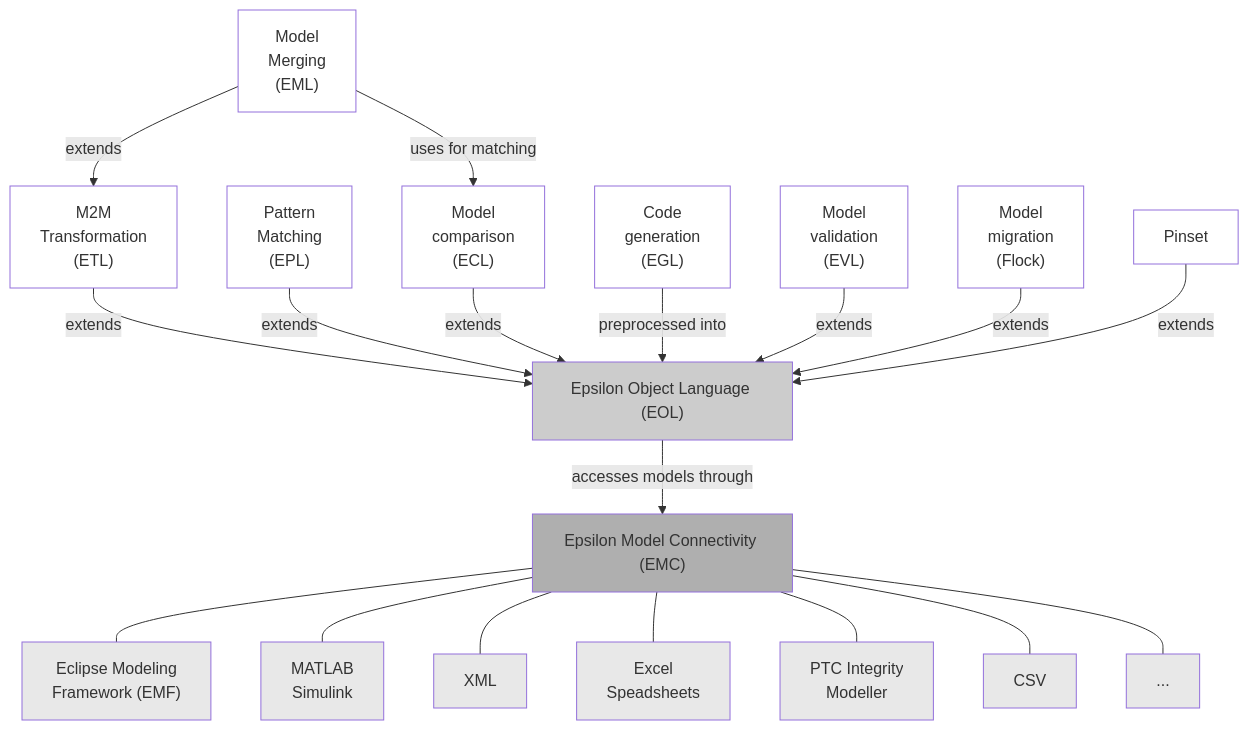
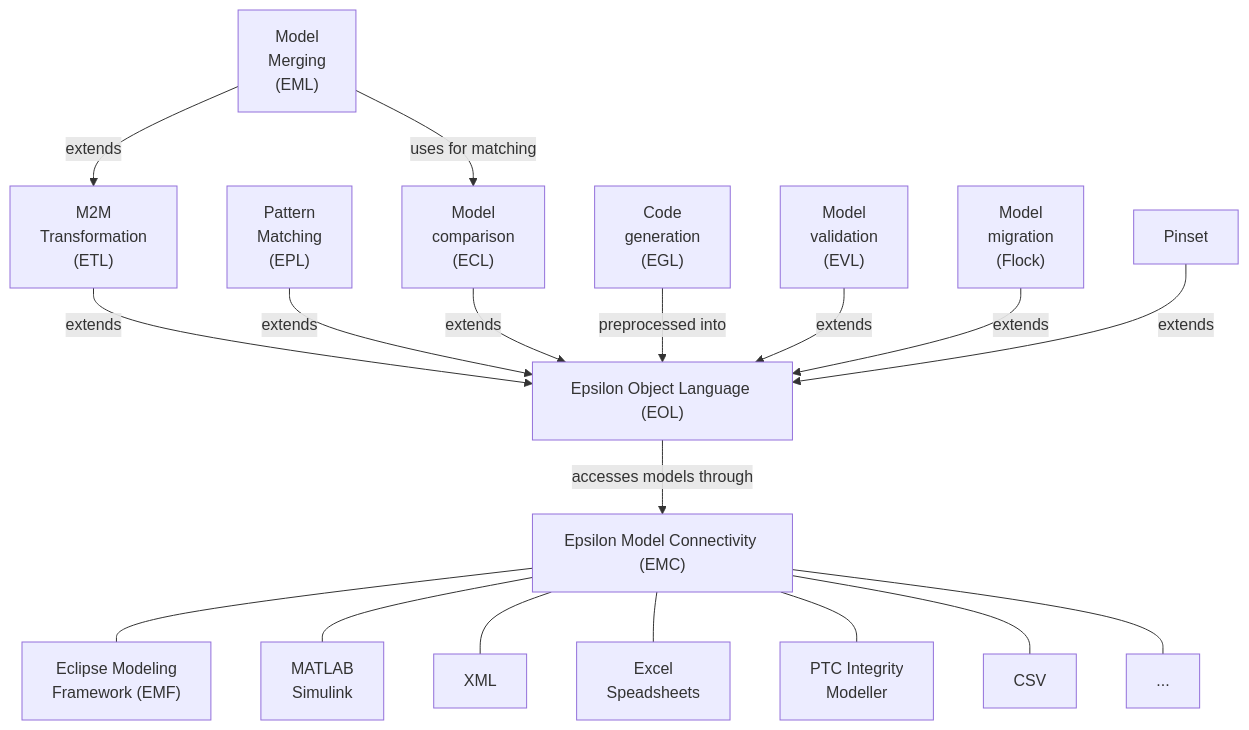
Before and after one commit to eclipse-epsilon/epsilon-website: the diagram in mkdocs/docs/doc/index.md, drawn with Mermaid.

Commit message:
Switched to default colours in the overview diagram of Epsilon

````diff
--- a/mkdocs/docs/doc/index.md
+++ b/mkdocs/docs/doc/index.md
@@ -11,45 +11,36 @@
 ```mermaid
 graph TD
 	ECL["Model<br/>comparison<br/>(ECL)"]
 	Flock["Model<br/>migration<br/>(Flock)"]
 	EGL["Code<br/>generation<br/>(EGL)"]
 	EVL["Model<br/>validation<br/>(EVL)"]
 	EPL["Pattern<br/>Matching<br/>(EPL)"]
 	EML["Model<br/>Merging<br/>(EML)"]
 	ETL["M2M<br/>Transformation<br/>(ETL)"]
 	EOL["Epsilon Object Language (EOL)"]
 	ETL --> |extends|EOL
 	EML --> |uses for matching|ECL
 	EML --> |extends|ETL
 	EPL --> |extends|EOL
 	ECL --> |extends|EOL
 	EGL --> |preprocessed into|EOL
 	EVL --> |extends|EOL
 	Flock --> |extends|EOL
 	Pinset --> |extends|EOL
 
 	EMC["Epsilon Model Connectivity (EMC)"]
 	EMF["Eclipse Modeling<br/> Framework (EMF)"]
 	Simulink["MATLAB<br/>Simulink"]
 	Excel["Excel<br/>Speadsheets"]
 	PTC["PTC Integrity<br/>Modeller"]
 	Dots["..."]
 
 	EOL -->|accesses models through| EMC
 	EMC --- EMF
 	EMC --- Simulink
 	EMC --- XML
 	EMC --- Excel
 	EMC --- PTC
 	EMC --- CSV
 	EMC --- Dots
-
-	classDef eol fill:#CCCCCC;
-	class EOL eol;
-	classDef emc fill:#AFAFAF;
-	class EMC emc;
-	classDef language fill:#ffffff;
-	class ETL,Flock,EGL,EVL,ECL,EPL,EML,Pinset language;
-	classDef driver fill:#E8E8E8;
-	class EMF,XML,CSV,Simulink,Excel,PTC,Dots driver;
 ```
````
